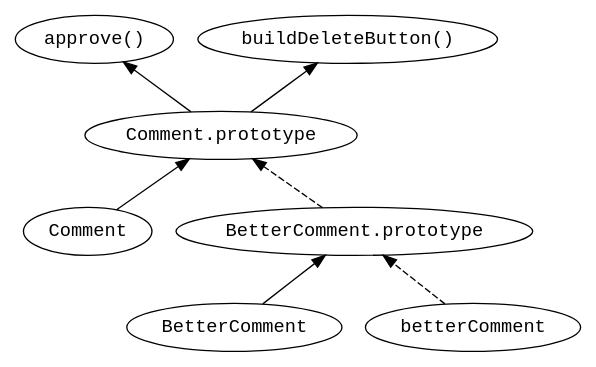
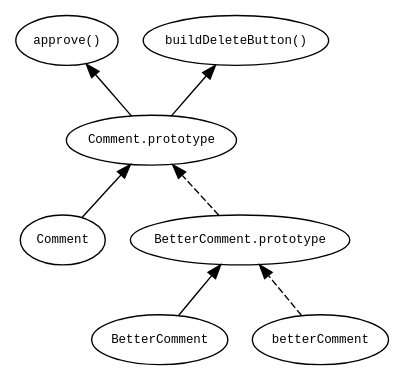
The diagram in img/proto2.dot (ondras/javascript-resene-ulohy), drawn with Graphviz before and after one commit. The commit also changed 5 other files, not shown here.

```diff
--- a/img/proto2.dot
+++ b/img/proto2.dot
@@ -1,16 +1,17 @@
 digraph G {
+    graph [size="4,4!"]
     rankdir=BT
-    node[fontname=monospace]
+    node[fontname=monospace, fontsize=9]
     cp -> approve
     cp -> buildDeleteButton
     Comment -> cp
     BetterComment -> bcp
     bcp -> cp [style=dashed]
 
     betterComment -> bcp [style=dashed]
 
     cp[label="Comment.prototype"]
     bcp[label="BetterComment.prototype"]
     approve[label="approve()"]
     buildDeleteButton[label="buildDeleteButton()"]
 }
```
